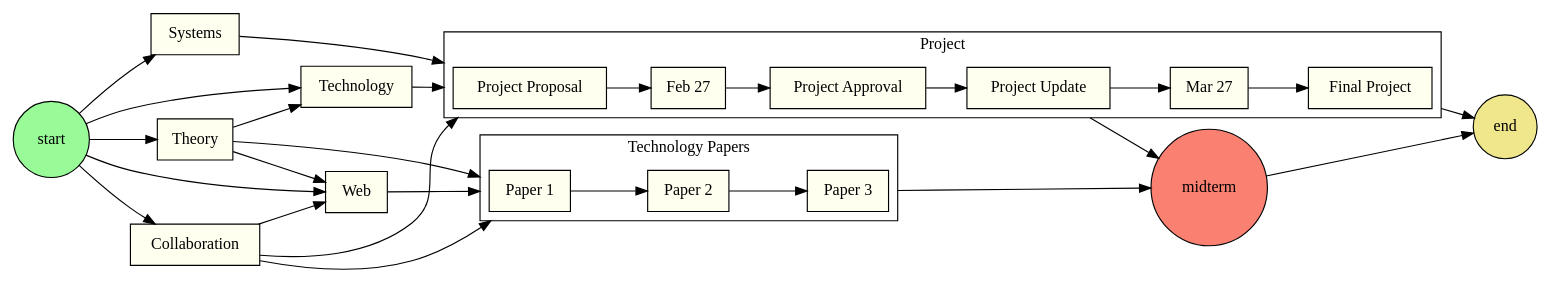
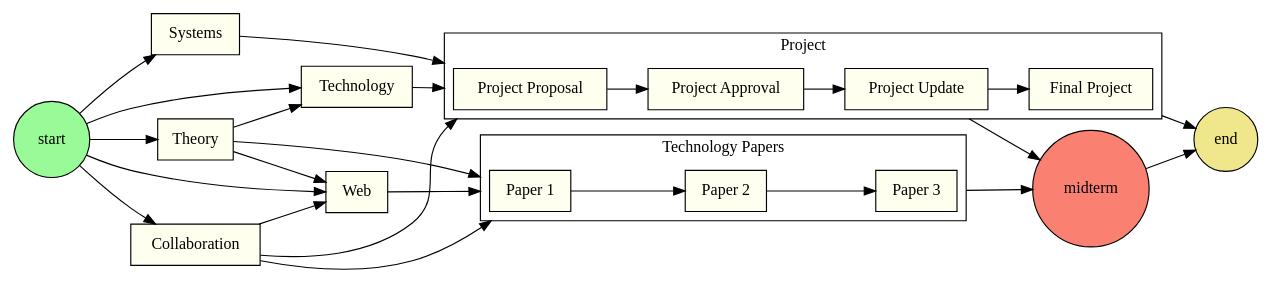
Before and after one commit to cloudmesh/classes: the diagram in docs/source/i524/index.rst, drawn with Graphviz.

Commit message:
new:dev: take dates out to not introduce different calendar

```diff
--- a/docs/source/i524/index.rst
+++ b/docs/source/i524/index.rst
@@ -79,42 +79,42 @@
 .. graphviz::
 
    digraph class {
       rankdir="LR";
       compound=true;
       node [shape=box,
             style=filled,
             fillcolor=ivory];
 
       subgraph cluster_prj {
-		"Project Proposal" -> "Feb 27" -> "Project Approval" ->
-		"Project Update" -> "Mar 27" -> "Final Project";
+		"Project Proposal" -> "Project Approval" ->
+		"Project Update" -> "Final Project";
 		label = "Project";
 	}
 
       subgraph cluster_ppr {
 		"Paper 1" -> "Paper 2" -> "Paper 3";
 		label = "Technology Papers";
 	}
 
 	
       "start" [shape=circle,fillcolor=palegreen];
       "end" [shape=circle,fillcolor=khaki];
       "midterm" [shape=circle,fillcolor=salmon];
       
       "start" -> "Technology";
       "start" -> "Collaboration";
       "start" -> "Systems";
       "start" -> "Theory";
       "start" -> "Web" -> "Paper 1" [lhead=cluster_ppr];
       "Paper 3" -> "midterm" [ltail=cluster_ppr];
       "midterm" -> "end";
       "Theory" -> "Technology" -> "Project Proposal" [lhead=cluster_prj];
       "Collaboration" -> "Project Proposal" [lhead=cluster_prj];
       "Collaboration" -> "Paper 1" [lhead=cluster_ppr];
       "Collaboration" -> "Web";
       "Systems" -> "Project Proposal" [lhead=cluster_prj];
       "Theory" -> "Web";
       "Theory" -> "Paper 1" [lhead=cluster_ppr];
       "Project Update" -> "midterm" [ltail=cluster_prj];
       "Final Project" -> "end" [ltail=cluster_prj];
    }
```
